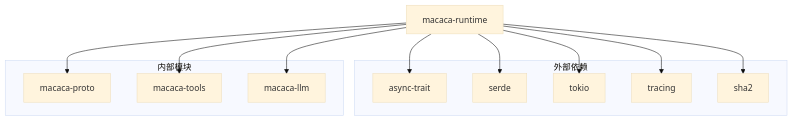
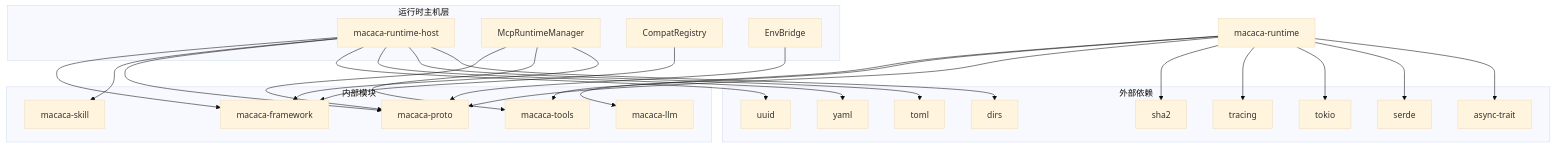
One commit to ixiejun/macaca changed diagram 12 of 12 in .qoder/repowiki/zh/content/Runtime System.md. Above: the diagram before and after it, drawn with Mermaid (base theme). The commit also changed other lines of this file and 49 other files, not shown here.

````diff
--- a/.qoder/repowiki/zh/content/Runtime System.md
+++ b/.qoder/repowiki/zh/content/Runtime System.md
@@ -361,23 +553,47 @@
 ```mermaid
 graph TB
 subgraph "外部依赖"
 AsyncTrait[async-trait]
 Serde[serde]
 Tokio[tokio]
 Tracing[tracing]
 Sha2[sha2]
+Dirs[dirs]
+Toml[toml]
+Yaml[yaml]
+Uuid[uuid]
 end
 subgraph "内部模块"
 Proto[macaca-proto]
 Tools[macaca-tools]
 LLM[macaca-llm]
+Skill[macaca-skill]
+Framework[macaca-framework]
+end
+subgraph "运行时主机层"
+RuntimeHost[macaca-runtime-host]
+McpMgr[McpRuntimeManager]
+Compat[CompatRegistry]
+EnvBridge[EnvBridge]
 end
 Runtime[macaca-runtime] --> AsyncTrait
 Runtime --> Serde
 Runtime --> Tokio
 Runtime --> Tracing
 Runtime --> Sha2
 Runtime --> Proto
 Runtime --> Tools
 Runtime --> LLM
+RuntimeHost --> Dirs
+RuntimeHost --> Toml
+RuntimeHost --> Yaml
+RuntimeHost --> Uuid
+RuntimeHost --> Proto
+RuntimeHost --> Skill
+RuntimeHost --> Framework
+McpMgr --> Framework
+McpMgr --> Tools
+McpMgr --> Proto
+Compat --> Framework
+EnvBridge --> Proto
 ```
````
